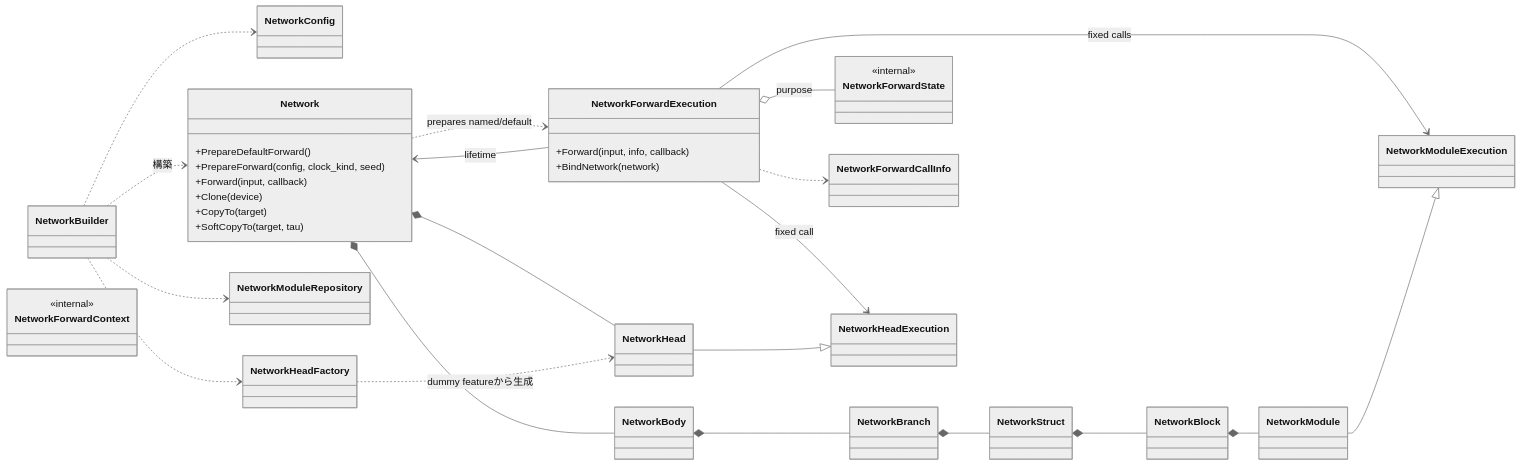
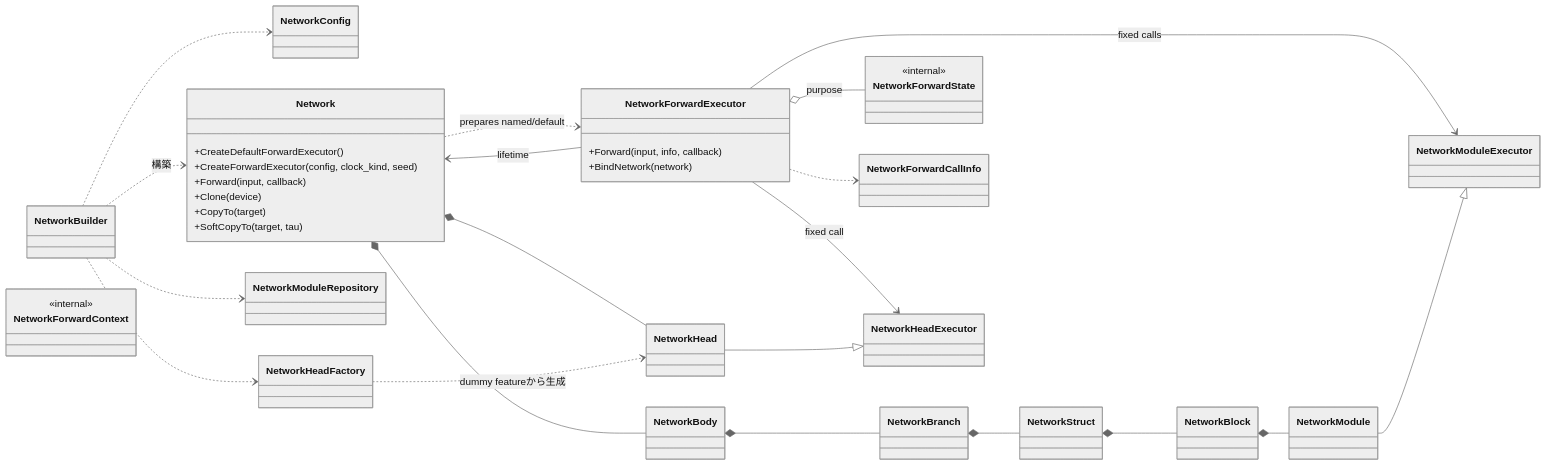
One commit to kazukin123/anet-lab changed the first of 4 diagrams in docs/design/130_neural_networks.en.md. Above: the diagram before and after it, drawn with Mermaid (neutral theme). The commit also changed other lines of this file and 23 other files, not shown here.

````diff
--- a/docs/design/130_neural_networks.en.md
+++ b/docs/design/130_neural_networks.en.md
@@ -143,56 +147,56 @@
 ```mermaid
 classDiagram
 direction LR
 
 class NetworkBuilder
 class NetworkConfig
 class Network {
-  +PrepareDefaultForward()
-  +PrepareForward(config, clock_kind, seed)
+  +CreateDefaultForwardExecutor()
+  +CreateForwardExecutor(config, clock_kind, seed)
   +Forward(input, callback)
   +Clone(device)
   +CopyTo(target)
   +SoftCopyTo(target, tau)
 }
 class NetworkBody
 class NetworkBranch
 class NetworkStruct
 class NetworkBlock
 class NetworkModule
 class NetworkModuleRepository
 class NetworkHead
 class NetworkHeadFactory
-class NetworkForwardExecution {
+class NetworkForwardExecutor {
   +Forward(input, info, callback)
   +BindNetwork(network)
 }
 class NetworkForwardState {
   <<internal>>
 }
 class NetworkForwardContext {
   <<internal>>
 }
 class NetworkForwardCallInfo
-class NetworkModuleExecution
-class NetworkHeadExecution
+class NetworkModuleExecutor
+class NetworkHeadExecutor
 
-NetworkForwardExecution --> Network : lifetime
-NetworkForwardExecution o-- NetworkForwardState : purpose
-NetworkForwardExecution ..> NetworkForwardCallInfo
-NetworkForwardExecution --> NetworkModuleExecution : fixed calls
-NetworkForwardExecution --> NetworkHeadExecution : fixed call
-NetworkModule --|> NetworkModuleExecution
-NetworkHead --|> NetworkHeadExecution
-Network ..> NetworkForwardExecution : prepares named/default
+NetworkForwardExecutor --> Network : lifetime
+NetworkForwardExecutor o-- NetworkForwardState : purpose
+NetworkForwardExecutor ..> NetworkForwardCallInfo
+NetworkForwardExecutor --> NetworkModuleExecutor : fixed calls
+NetworkForwardExecutor --> NetworkHeadExecutor : fixed call
+NetworkModule --|> NetworkModuleExecutor
+NetworkHead --|> NetworkHeadExecutor
+Network ..> NetworkForwardExecutor : prepares named/default
 NetworkBuilder ..> NetworkConfig
 NetworkBuilder ..> NetworkModuleRepository
 NetworkBuilder ..> NetworkHeadFactory
 NetworkBuilder ..> Network : 構築
 Network *-- NetworkBody
 Network *-- NetworkHead
 NetworkBody *-- NetworkBranch
 NetworkBranch *-- NetworkStruct
 NetworkStruct *-- NetworkBlock
 NetworkBlock *-- NetworkModule
 NetworkHeadFactory ..> NetworkHead : dummy featureから生成
 ```
````
